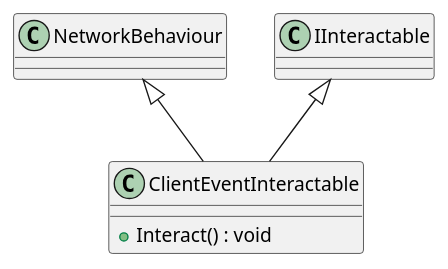
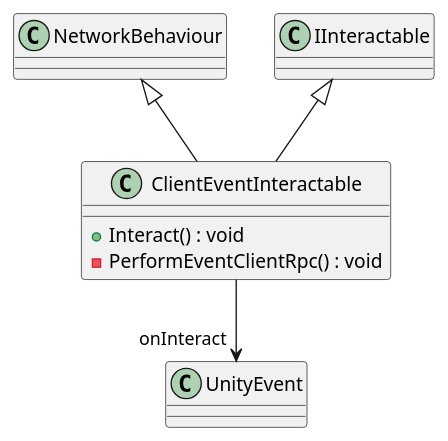
One commit to David-Denny/COMP3013-Team7 changed the diagram in UML/Interactions/ClientEventInteractable.puml. Above: the diagram before and after it, drawn with PlantUML. The commit also changed 49 other files, not shown here.

Commit message:
Generate UML (Generate UML)

```diff
--- a/UML/Interactions/ClientEventInteractable.puml
+++ b/UML/Interactions/ClientEventInteractable.puml
@@ -1,7 +1,9 @@
 @startuml
 class ClientEventInteractable {
     + Interact() : void
+    - PerformEventClientRpc() : void
 }
 NetworkBehaviour <|-- ClientEventInteractable
 IInteractable <|-- ClientEventInteractable
+ClientEventInteractable --> "onInteract" UnityEvent
 @enduml
```
